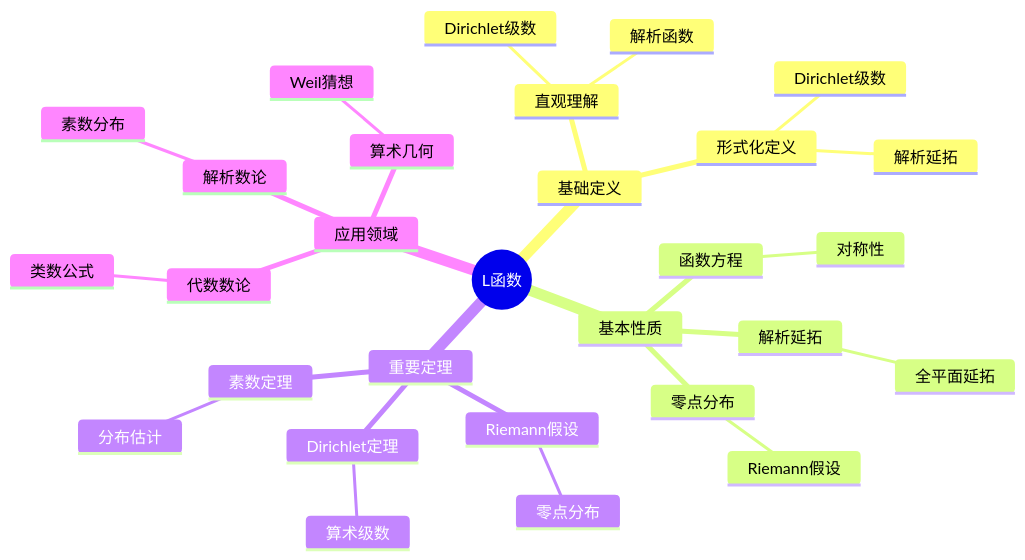
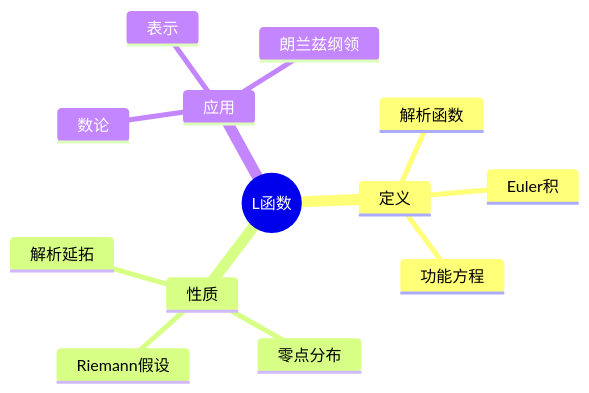
One commit to AdaMartin18010/FormalMath changed the first of 11 diagrams in concept/核心概念/28-L函数.md. Above: the diagram before and after it, drawn with Mermaid. The commit also changed other lines of this file and 4793 other files, not shown here.

````diff
--- a/concept/核心概念/28-L函数.md
+++ b/concept/核心概念/28-L函数.md
@@ -494,32 +1129,16 @@
 ```mermaid
 mindmap
   root((L函数))
-    基础定义
-      直观理解
-        Dirichlet级数
-        解析函数
-      形式化定义
-        Dirichlet级数
-        解析延拓
-    基本性质
+    定义
+      解析函数
+      Euler积
+      功能方程
+    性质
       解析延拓
-        全平面延拓
-      函数方程
-        对称性
       零点分布
-        Riemann假设
-    重要定理
       Riemann假设
-        零点分布
-      素数定理
-        分布估计
-      Dirichlet定理
-        算术级数
-    应用领域
-      解析数论
-        素数分布
-      代数数论
-        类数公式
-      算术几何
-        Weil猜想
+    应用
+      数论
+      表示
+      朗兰兹纲领
 ```
````
